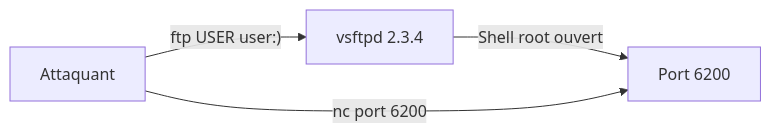
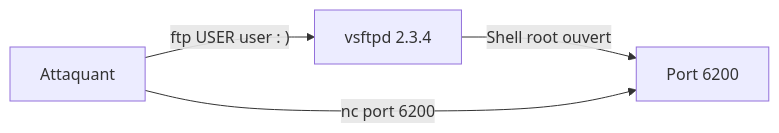
Before and after one commit to yugmerabtene/techniques-de-hacking-niveau-1: the third of 3 diagrams in JOUR-02-tests-penetration-exploitation.md, drawn with Mermaid. The commit also changed other lines of this file and 9 other files, not shown here.

First line of the commit message:
feat: Fig 1-16 + legendes, fix Mermaid parentheses/chevrons, 35 tests OK, fix .gitignore

````diff
--- a/JOUR-02-tests-penetration-exploitation.md
+++ b/JOUR-02-tests-penetration-exploitation.md
@@ -141,6 +145,6 @@
 ```mermaid
 flowchart LR
-    A["Attaquant"] -->|"ftp USER user:)"| B["vsftpd 2.3.4"]
+    A["Attaquant"] -->|"ftp USER user : )"| B["vsftpd 2.3.4"]
     B -->|"Shell root ouvert"| C["Port 6200"]
     A -->|"nc port 6200"| C
 ```
````
